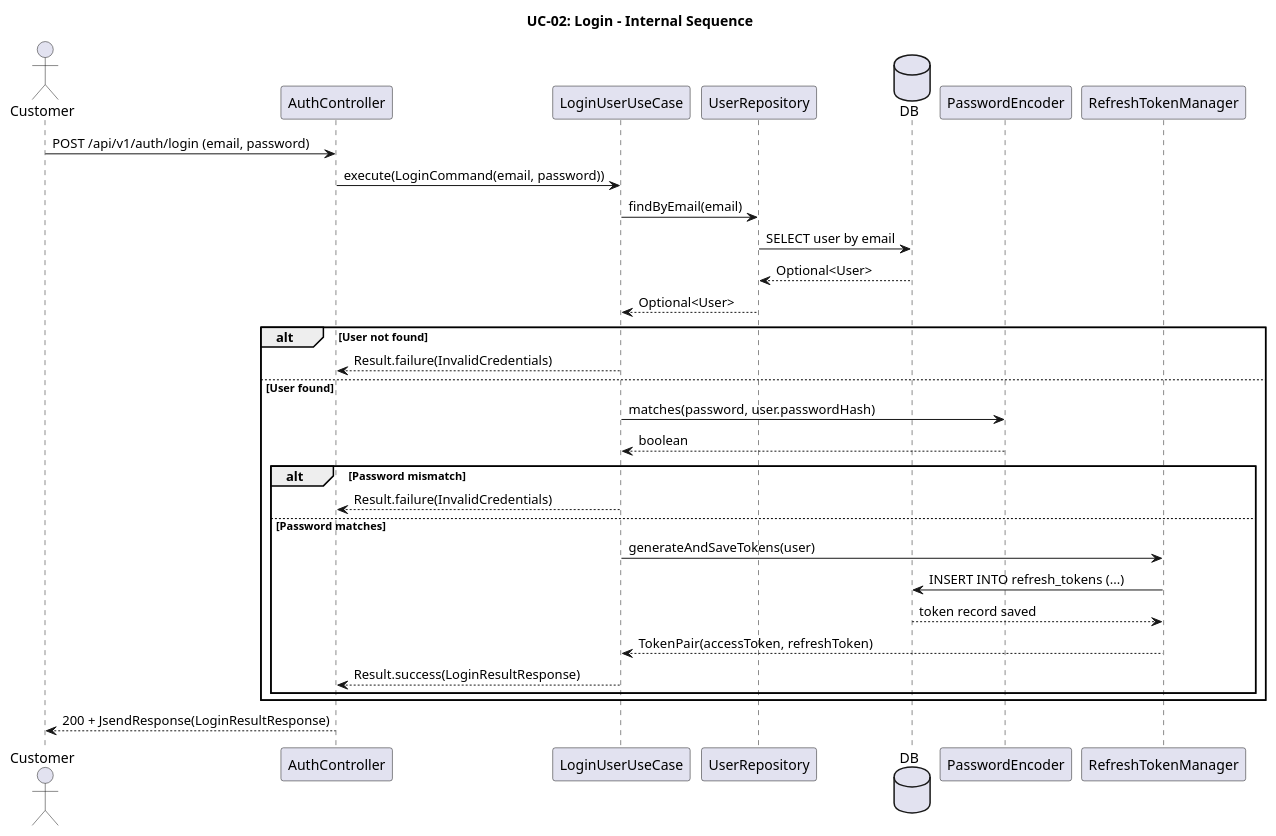
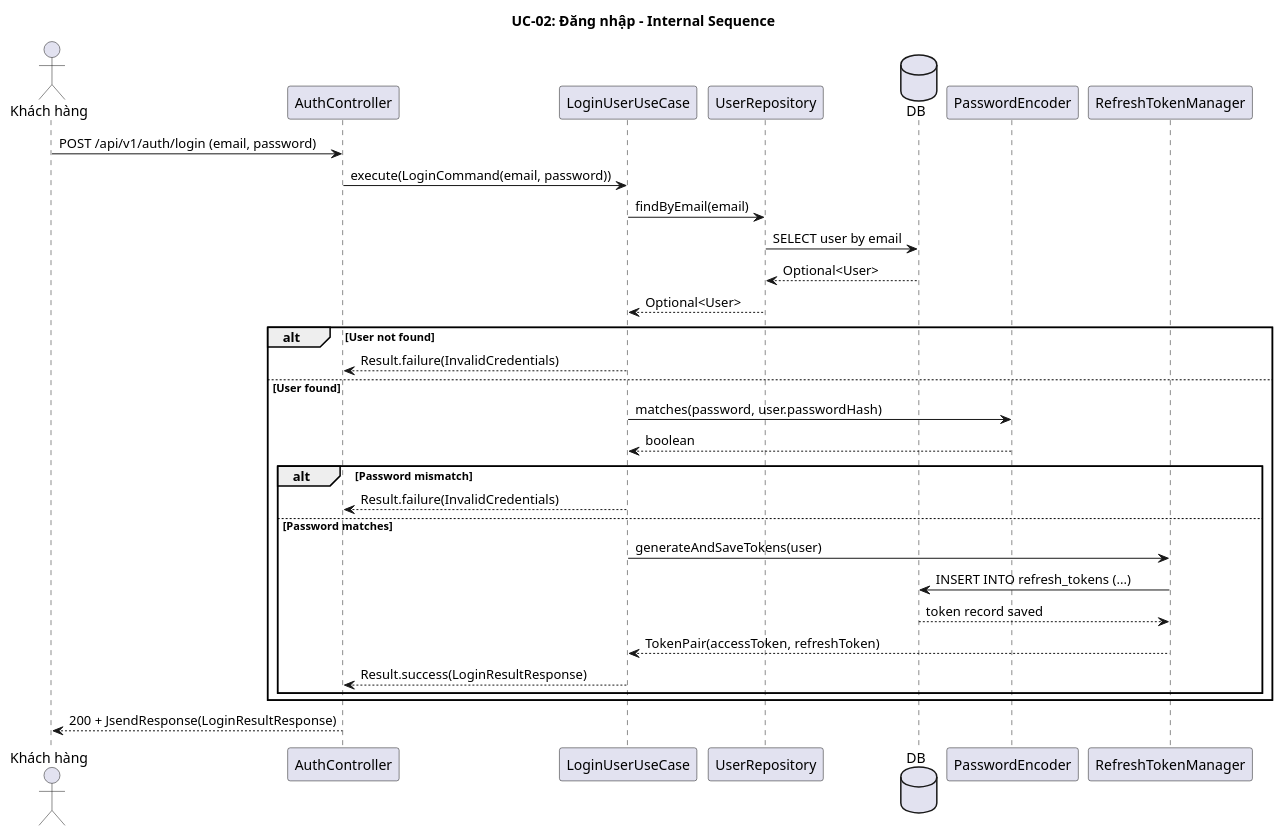
The sixth of 7 diagrams in docs/usecases/UC-02-dang-nhap.md (Phunguy65/train-ticket-booking-system-plus), drawn with PlantUML before and after one commit. The commit also changed other lines of this file and 14 other files, not shown here.

````diff
--- a/docs/usecases/UC-02-dang-nhap.md
+++ b/docs/usecases/UC-02-dang-nhap.md
@@ -173,38 +220,38 @@
 ```plantuml
 @startuml UC-02-internal
-title UC-02: Login - Internal Sequence
+title UC-02: Đăng nhập - Internal Sequence
 
-actor "Customer" as Actor
+actor "Khách hàng" as Actor
 participant "AuthController" as CTL
 participant "LoginUserUseCase" as UC
 participant "UserRepository" as REPO
 database "DB" as DB
 participant "PasswordEncoder" as ENCODER
 participant "RefreshTokenManager" as TOKEN
 
 Actor -> CTL: POST /api/v1/auth/login (email, password)
 CTL -> UC: execute(LoginCommand(email, password))
 UC -> REPO: findByEmail(email)
 REPO -> DB: SELECT user by email
 DB --> REPO: Optional<User>
 REPO --> UC: Optional<User>
 
 alt User not found
     UC --> CTL: Result.failure(InvalidCredentials)
 else User found
     UC -> ENCODER: matches(password, user.passwordHash)
     ENCODER --> UC: boolean
     alt Password mismatch
         UC --> CTL: Result.failure(InvalidCredentials)
     else Password matches
         UC -> TOKEN: generateAndSaveTokens(user)
         TOKEN -> DB: INSERT INTO refresh_tokens (...)
         DB --> TOKEN: token record saved
         TOKEN --> UC: TokenPair(accessToken, refreshToken)
         UC --> CTL: Result.success(LoginResultResponse)
     end
 end
 
 CTL --> Actor: 200 + JsendResponse(LoginResultResponse)
 @enduml
 ```
````
